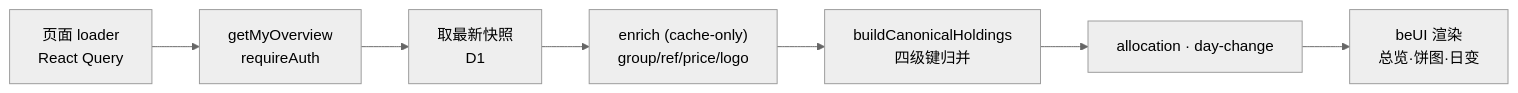
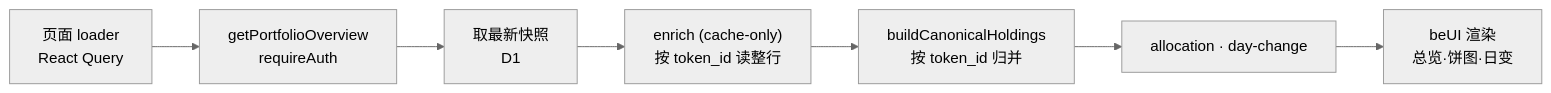
Before and after one commit to x0finch/folio2: the second of 2 diagrams in docs/architecture/01-data-flow.md, drawn with Mermaid (neutral theme). The commit also changed other lines of this file and 3 other files, not shown here.

First line of the commit message:
docs(architecture): rewrite data-flow and aggregation for write-time identity (#205, partial) (#214)

````diff
--- a/docs/architecture/01-data-flow.md
+++ b/docs/architecture/01-data-flow.md
@@ -65,9 +107,9 @@
 ```mermaid
 flowchart LR
-    L["页面 loader<br/>React Query"] --> G["getMyOverview<br/>requireAuth"]
+    L["页面 loader<br/>React Query"] --> G["getPortfolioOverview<br/>requireAuth"]
     G --> Q["取最新快照<br/>D1"]
-    Q --> ENR["enrich (cache-only)<br/>group/ref/price/logo"]
-    ENR --> AGG["buildCanonicalHoldings<br/>四级键归并"]
+    Q --> ENR["enrich (cache-only)<br/>按 token_id 读整行"]
+    ENR --> AGG["buildCanonicalHoldings<br/>按 token_id 归并"]
     AGG --> DER["allocation · day-change"]
     DER --> RENDER["beUI 渲染<br/>总览·饼图·日变"]
 ```
````
